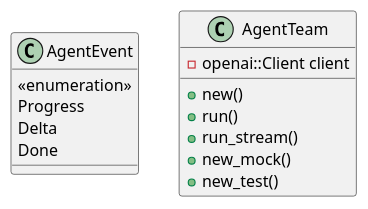
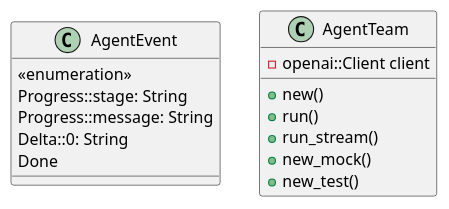
One commit to lgcorzo/fastapi-autogen-team changed the first of 2 diagrams in openwiki/modules/src/domain/agent/team.md. Above: the diagram before and after it, drawn with PlantUML. The commit also changed other lines of this file and 34 other files, not shown here.

````diff
--- a/openwiki/modules/src/domain/agent/team.md
+++ b/openwiki/modules/src/domain/agent/team.md
@@ -37,18 +37,19 @@
 ```plantuml
 @startuml
     class AgentEvent {
         <<enumeration>>
-        Progress
-        Delta
+        Progress::stage: String
+        Progress::message: String
+        Delta::0: String
         Done
     }
     class AgentTeam {
         -openai::Client client
         +new()
         +run()
         +run_stream()
         +new_mock()
         +new_test()
     }
 @enduml
 ```
````
